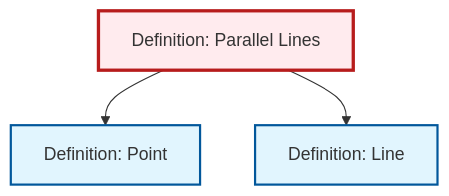
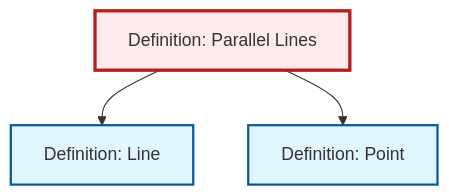
Before and after one commit to RK0429/ModernMath: the diagram in content/ja/geometry/def-parallel.qmd, drawn with Mermaid. The commit also changed other lines of this file and 417 other files, not shown here.

````diff
--- a/content/ja/geometry/def-parallel.qmd
+++ b/content/ja/geometry/def-parallel.qmd
@@ -88,17 +88,17 @@
 ```{mermaid}
 %%| fig-cap: "Local dependency graph"
 graph TD
     classDef definition fill:#e1f5fe,stroke:#01579b,stroke-width:2px
     classDef theorem fill:#f3e5f5,stroke:#4a148c,stroke-width:2px
     classDef axiom fill:#fff3e0,stroke:#e65100,stroke-width:2px
     classDef example fill:#e8f5e9,stroke:#1b5e20,stroke-width:2px
     classDef current fill:#ffebee,stroke:#b71c1c,stroke-width:3px
-    def-point["Definition: Point"]:::definition
     def-line["Definition: Line"]:::definition
     def-parallel["Definition: Parallel Lines"]:::definition
+    def-point["Definition: Point"]:::definition
+    def-parallel --> def-line
     def-parallel --> def-point
-    def-parallel --> def-line
     class def-parallel current
+    click def-line "def-line.html" "Definition: Lineへ"
     click def-point "def-point.html" "Definition: Pointへ"
-    click def-line "def-line.html" "Definition: Lineへ"
 ```
````
